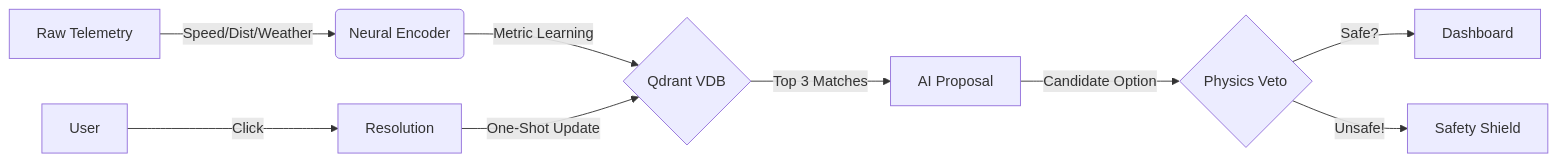
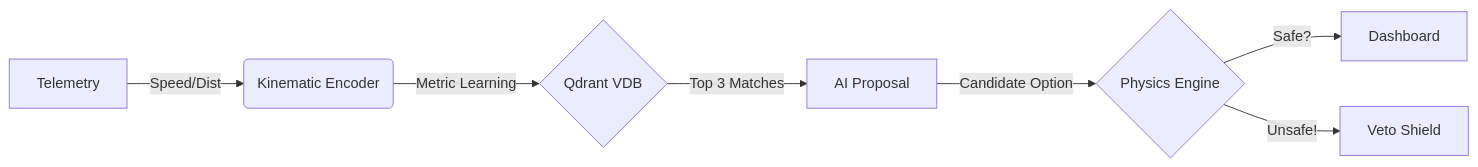
The diagram in README.md (b5x0/rail-network-brain), drawn with Mermaid before and after one commit. The commit also changed other lines of this file and 7 other files, not shown here.

Commit message:
Release: Polish codebase for Open Source standards and update documentation to RAC architecture

````diff
--- a/README.md
+++ b/README.md
@@ -97,11 +95,9 @@
 ```mermaid
 graph LR
-    A[Raw Telemetry] -->|Speed/Dist/Weather| B(Neural Encoder)
+    A[Telemetry] -->|Speed/Dist| B(Kinematic Encoder)
     B -->|Metric Learning| C{Qdrant VDB}
     C -->|Top 3 Matches| D[AI Proposal]
-    D -->|Candidate Option| E{Physics Veto}
+    D -->|Candidate Option| E{Physics Engine}
     E -->|Safe?| F[Dashboard]
-    E -->|Unsafe!| G[Safety Shield]
-    User -->|Click| H[Resolution]
-    H -->|One-Shot Update| C
+    E -->|Unsafe!| G[Veto Shield]
 ```
````
